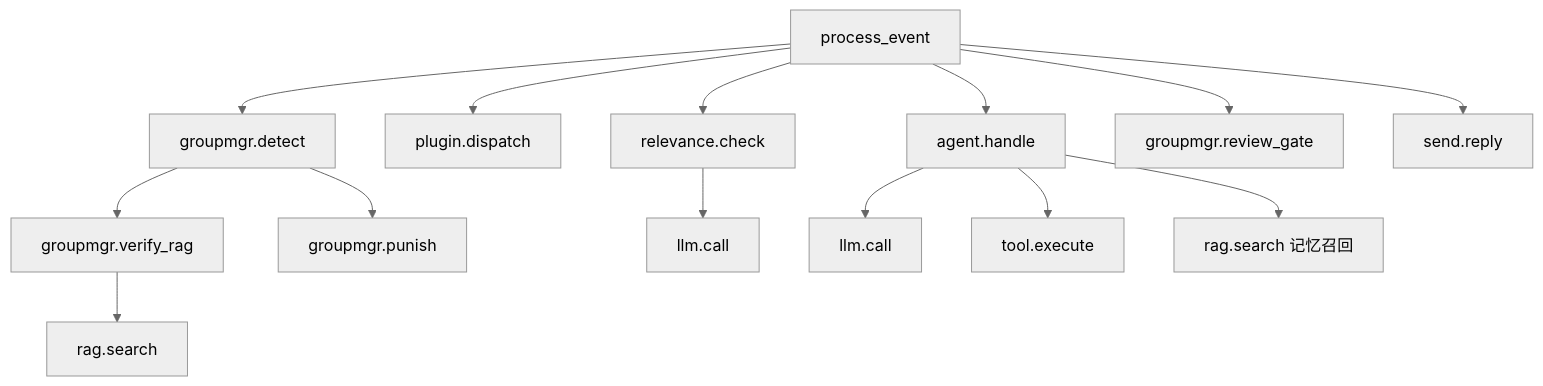
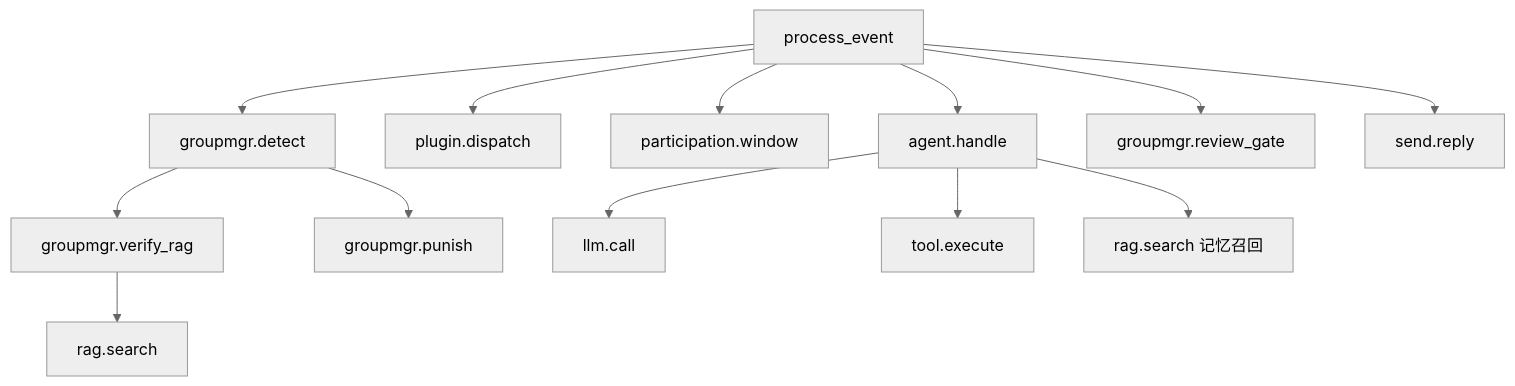
One commit to JuanNiangDev/JuanNiang-Neo changed the second of 3 diagrams in docs/observability.md. Above: the diagram before and after it, drawn with Mermaid (neutral theme). The commit also changed other lines of this file and 29 other files, not shown here.

````diff
--- a/docs/observability.md
+++ b/docs/observability.md
@@ -197,16 +197,15 @@
 ```mermaid
 graph TD
     P[process_event] --> GM[groupmgr.detect]
     GM --> VR[groupmgr.verify_rag]
     VR --> RS[rag.search]
     GM --> PR[groupmgr.punish]
     P --> PD[plugin.dispatch]
-    P --> RC[relevance.check]
-    RC --> LC[llm.call]
+    P --> PW[participation.window]
     P --> AH[agent.handle]
     AH --> LC2[llm.call]
     AH --> TE[tool.execute]
     AH --> SR[rag.search 记忆召回]
     P --> RG[groupmgr.review_gate]
     P --> SP[send.reply]
 ```
````
